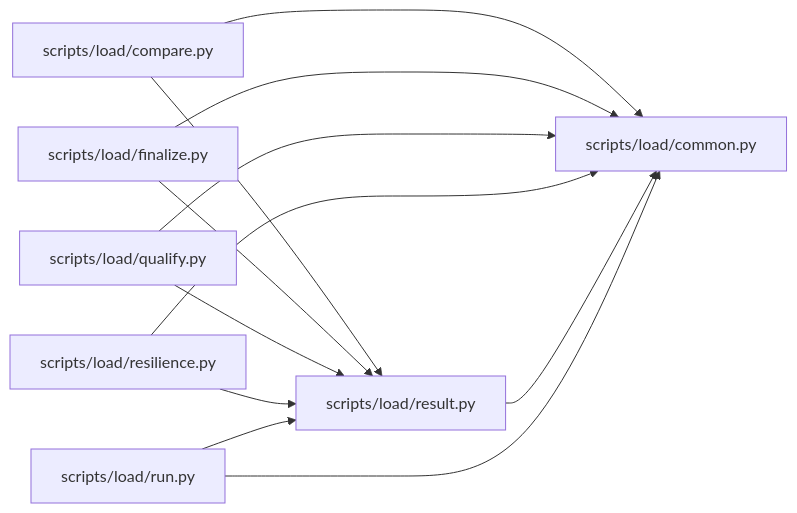
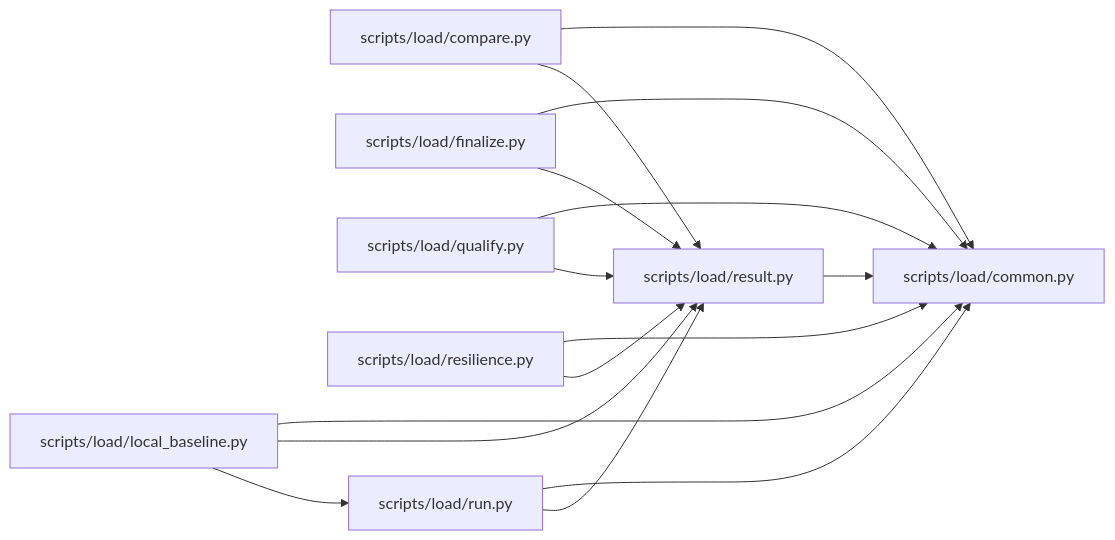
Before and after one commit to Denissvgn/WorkChord: the diagram in docs/llm_wiki/modules/result.md, drawn with Mermaid. The commit also changed other lines of this file and 2509 other files, not shown here.

````diff
--- a/docs/llm_wiki/modules/result.md
+++ b/docs/llm_wiki/modules/result.md
@@ -24,28 +24,33 @@
 ```mermaid
 flowchart LR
     n0["scripts/load/common.py"]
     n1["scripts/load/compare.py"]
     n2["scripts/load/finalize.py"]
-    n3["scripts/load/qualify.py"]
-    n4["scripts/load/resilience.py"]
-    n5["scripts/load/result.py"]
-    n6["scripts/load/run.py"]
+    n3["scripts/load/local_baseline.py"]
+    n4["scripts/load/qualify.py"]
+    n5["scripts/load/resilience.py"]
+    n6["scripts/load/result.py"]
+    n7["scripts/load/run.py"]
     n1 --> n0
-    n1 --> n5
+    n1 --> n6
     n2 --> n0
-    n2 --> n5
+    n2 --> n6
     n3 --> n0
-    n3 --> n5
+    n3 --> n6
+    n3 --> n7
     n4 --> n0
-    n4 --> n5
+    n4 --> n6
     n5 --> n0
+    n5 --> n6
     n6 --> n0
-    n6 --> n5
+    n7 --> n0
+    n7 --> n6
     click n0 "../modules/load_common.md"
     click n1 "../modules/compare.md"
     click n2 "../modules/finalize.md"
-    click n3 "../modules/qualify.md"
-    click n4 "../modules/resilience.md"
-    click n5 "../modules/result.md"
-    click n6 "../modules/run.md"
+    click n3 "../modules/local_baseline.md"
+    click n4 "../modules/qualify.md"
+    click n5 "../modules/resilience.md"
+    click n6 "../modules/result.md"
+    click n7 "../modules/run.md"
 ```
````
